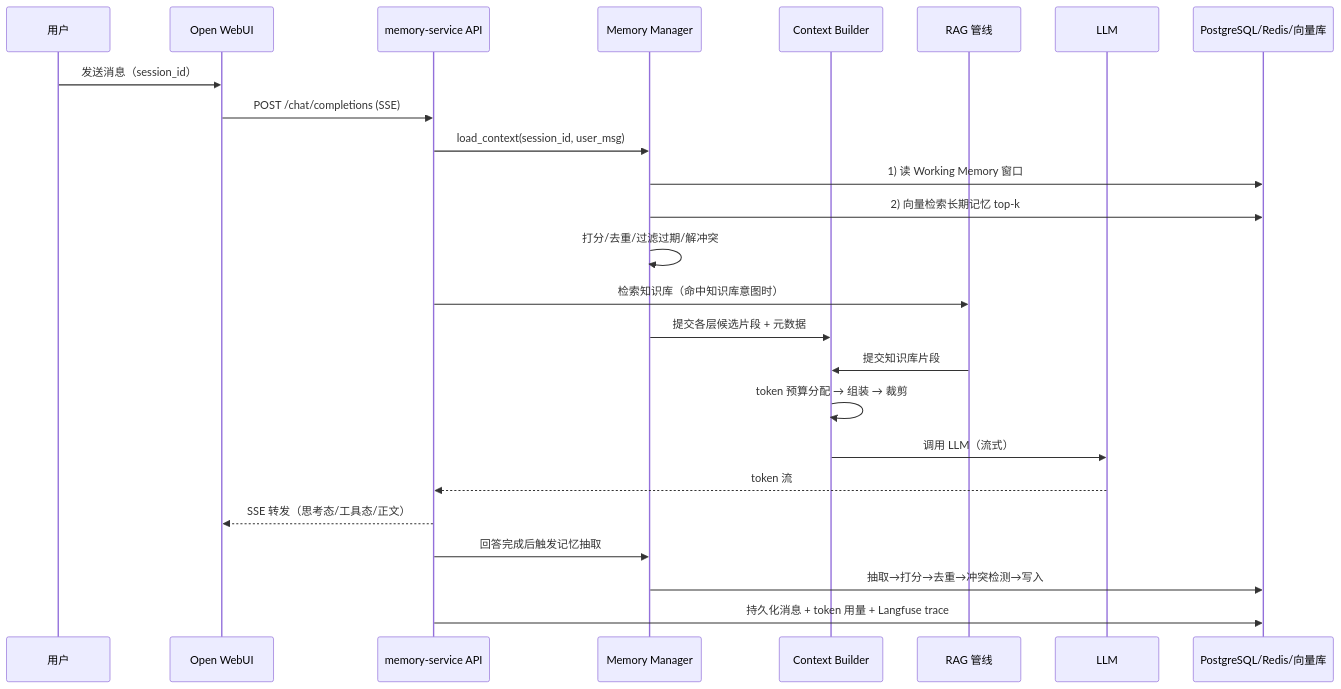
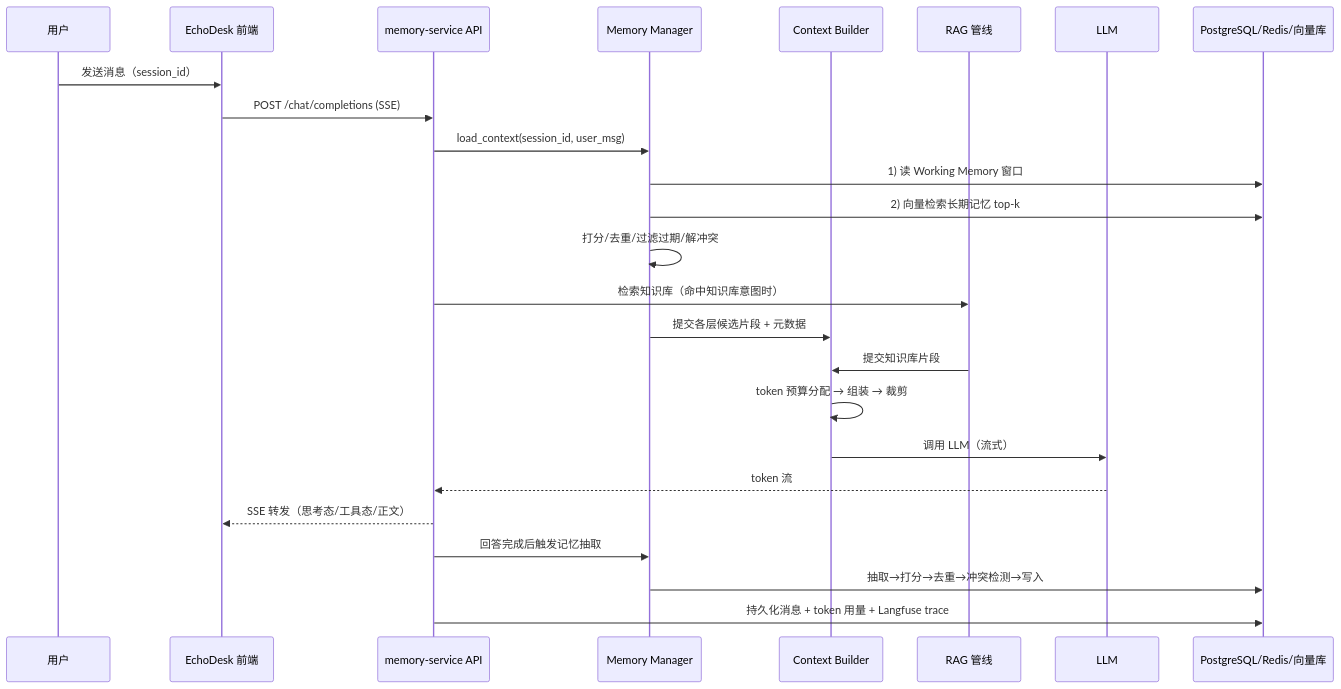
One commit to xiaoxin8635/ai-long-session-workbench changed the second of 2 diagrams in docs/01-项目开发内容与实现方案.md. Above: the diagram before and after it, drawn with Mermaid. The commit also changed other lines of this file and 11 other files, not shown here.

First line of the commit message:
feat: M-F6 部署切换——web 容器接管 3000 + Open WebUI/Pipe 退役（阶段2 收官）

````diff
--- a/docs/01-项目开发内容与实现方案.md
+++ b/docs/01-项目开发内容与实现方案.md
@@ -134,28 +136,28 @@
 ```mermaid
 sequenceDiagram
     participant U as 用户
-    participant UI as Open WebUI
+    participant UI as EchoDesk 前端
     participant GW as memory-service API
     participant MM as Memory Manager
     participant CB as Context Builder
     participant RG as RAG 管线
     participant L as LLM
     participant DB as PostgreSQL/Redis/向量库
 
     U->>UI: 发送消息（session_id）
     UI->>GW: POST /chat/completions (SSE)
     GW->>MM: load_context(session_id, user_msg)
     MM->>DB: 1) 读 Working Memory 窗口
     MM->>DB: 2) 向量检索长期记忆 top-k
     MM->>MM: 打分/去重/过滤过期/解冲突
     GW->>RG: 检索知识库（命中知识库意图时）
     MM->>CB: 提交各层候选片段 + 元数据
     RG->>CB: 提交知识库片段
     CB->>CB: token 预算分配 → 组装 → 裁剪
     CB->>L: 调用 LLM（流式）
     L-->>GW: token 流
     GW-->>UI: SSE 转发（思考态/工具态/正文）
     GW->>MM: 回答完成后触发记忆抽取
     MM->>DB: 抽取→打分→去重→冲突检测→写入
     GW->>DB: 持久化消息 + token 用量 + Langfuse trace
 ```
````
